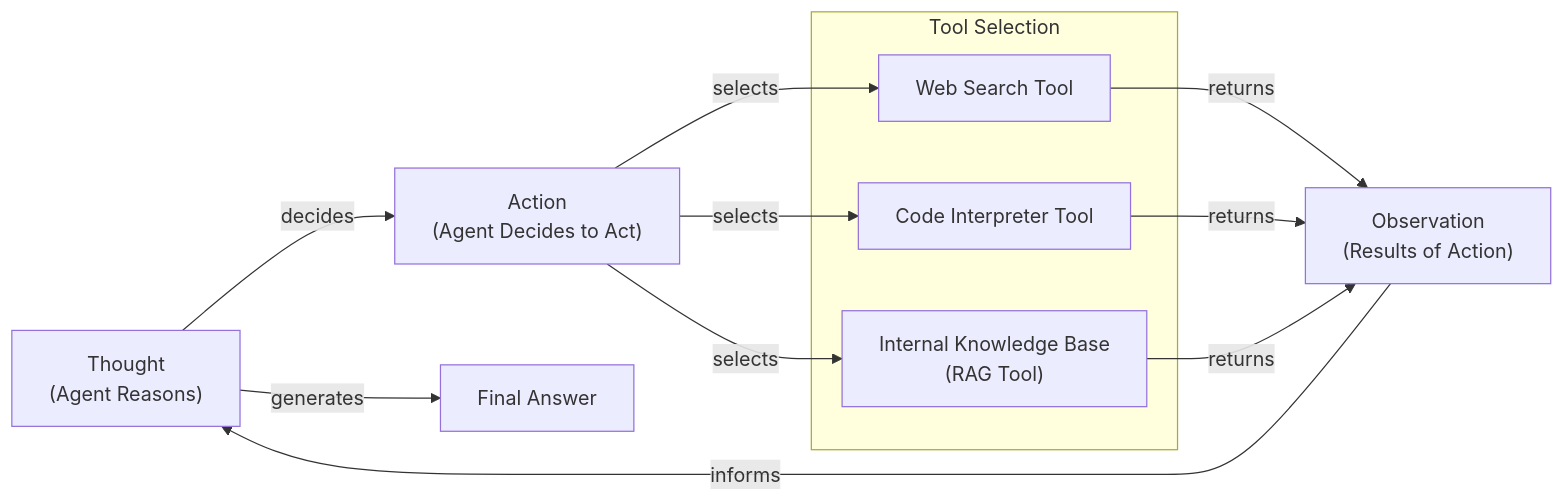
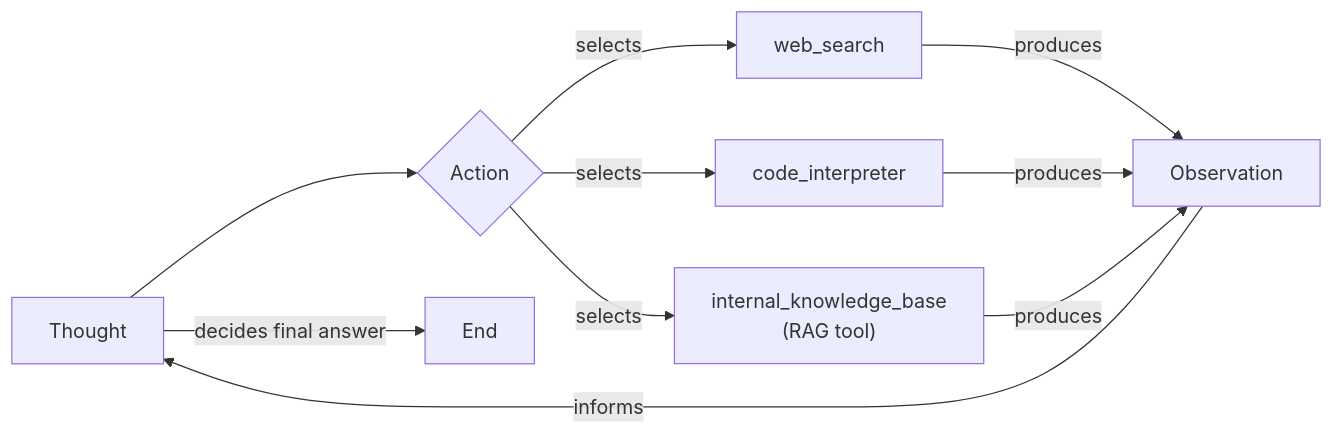
One commit to YMaXing/Research-Agent-reinforced-by-RL changed the fourth of 4 diagrams in RL_researcher_writer_ymaxing/rl_training_data/noise_experiment/09_RAG__var_standard__replicate2__preset3/article_001.md. Above: the diagram before and after it, drawn with Mermaid. The commit also changed other lines of this file and 4528 other files, not shown here.

````diff
--- a/RL_researcher_writer_ymaxing/rl_training_data/noise_experiment/09_RAG__var_standard__replicate2__preset3/article_001.md
+++ b/RL_researcher_writer_ymaxing/rl_training_data/noise_experiment/09_RAG__var_standard__replicate2__preset3/article_001.md
@@ -202,33 +185,19 @@
 ```mermaid
 flowchart LR
-  %% Agent Loop Start
-  Thought["Thought<br/>(Agent Reasons)"]
+  %% Agent's Main Loop
+  Thought["Thought"] --> Action{"Action"}
 
-  %% Action and Tool Selection
-  Action["Action<br/>(Agent Decides to Act)"]
+  %% Tool Selection
+  Action -- "selects" --> WebSearch["web_search"]
+  Action -- "selects" --> CodeInterpreter["code_interpreter"]
+  Action -- "selects" --> InternalKB["internal_knowledge_base<br/>(RAG tool)"]
 
-  subgraph Tools["Tool Selection"]
-    WebSearch["Web Search Tool"]
-    CodeInterpreter["Code Interpreter Tool"]
-    RAGTool["Internal Knowledge Base<br/>(RAG Tool)"]
-  end
+  %% Tool Execution and Observation
+  WebSearch -- "produces" --> Observation["Observation"]
+  CodeInterpreter -- "produces" --> Observation
+  InternalKB -- "produces" --> Observation
 
-  %% Observation and Loop Back
-  Observation["Observation<br/>(Results of Action)"]
-
-  %% Final Output
-  FinalAnswer["Final Answer"]
-
-  %% Connections
-  Thought -- "decides" --> Action
-  Action -- "selects" --> WebSearch
-  Action -- "selects" --> CodeInterpreter
-  Action -- "selects" --> RAGTool
-
-  WebSearch -- "returns" --> Observation
-  CodeInterpreter -- "returns" --> Observation
-  RAGTool -- "returns" --> Observation
-
+  %% Loop back or Final Answer
   Observation -- "informs" --> Thought
-  Thought -- "generates" --> FinalAnswer
+  Thought -- "decides final answer" --> End["End"]
 ```
````
